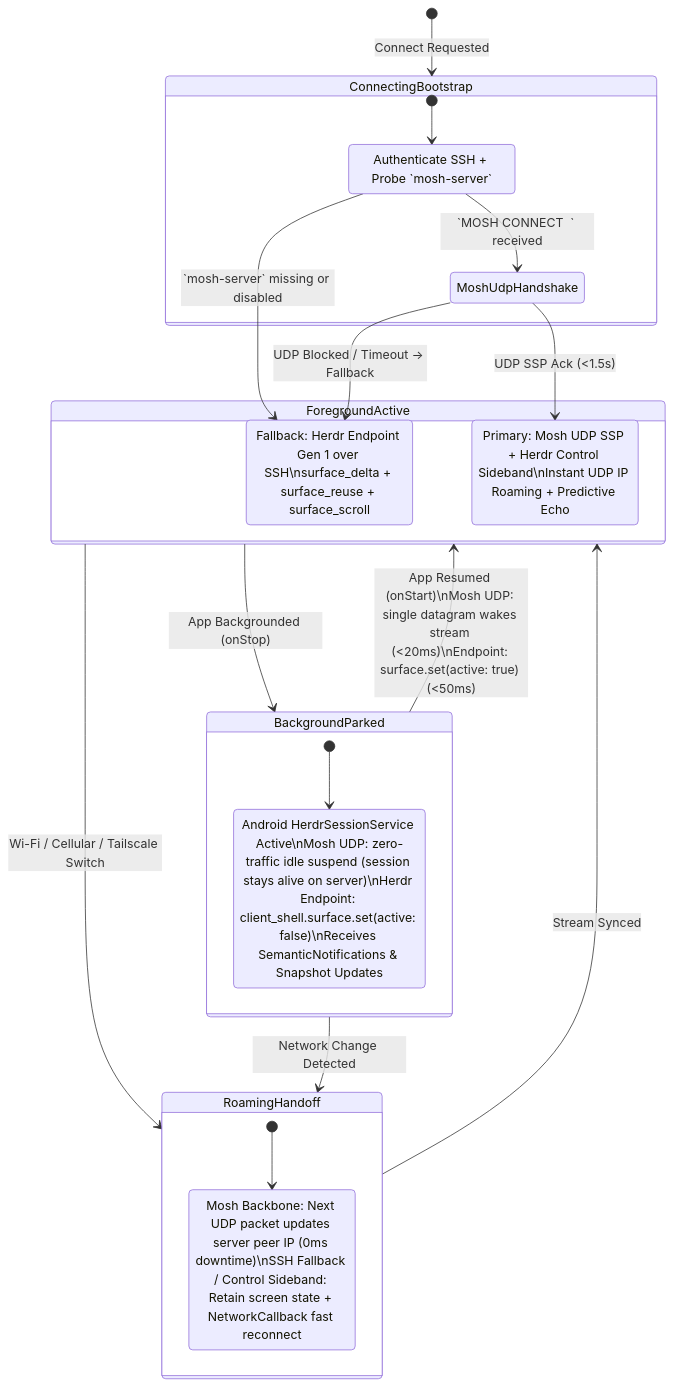
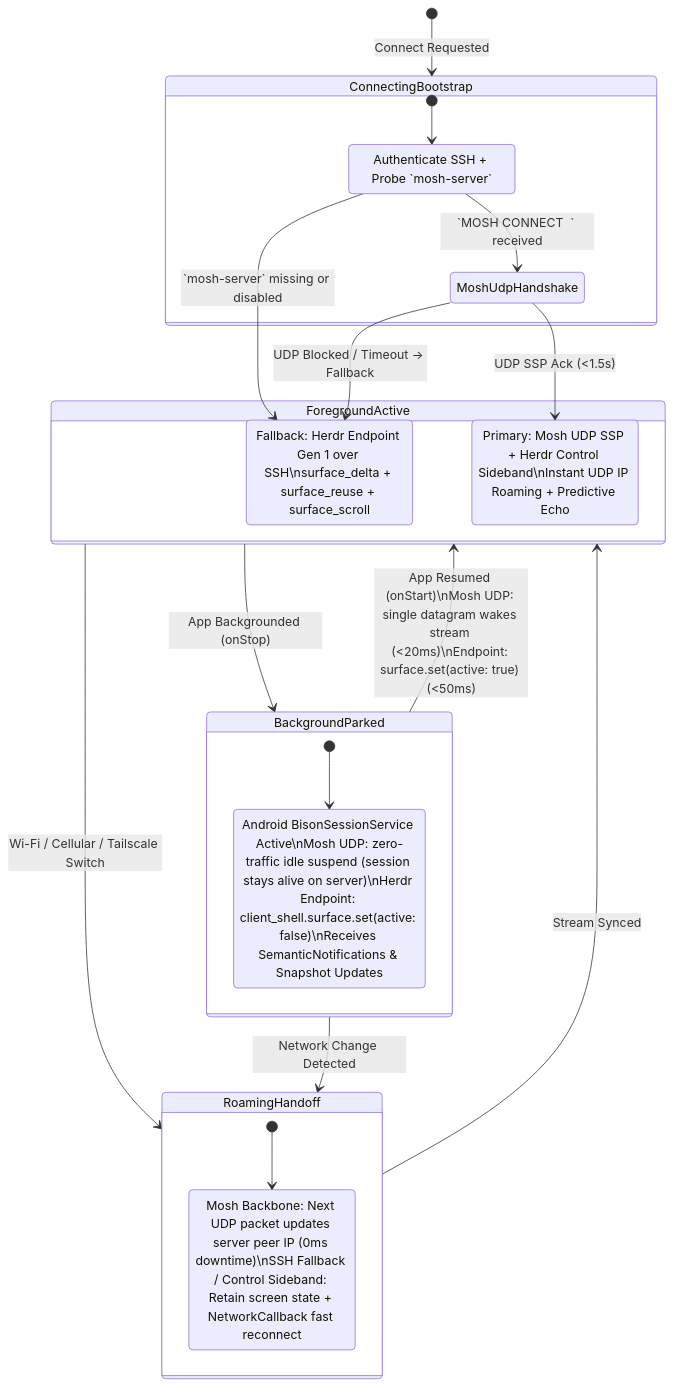
The fourth of 5 diagrams in docs/plans/01-core-app-design.md (ToxicBakery/BisonHerdr), drawn with Mermaid before and after one commit. The commit also changed other lines of this file and 2 other files, not shown here.

Commit message:
docs: finalize Bison package namespace, SSH engine, and Mosh focus sync in design plan

````diff
--- a/docs/plans/01-core-app-design.md
+++ b/docs/plans/01-core-app-design.md
@@ -496,37 +497,37 @@
 ```mermaid
 stateDiagram-v2
     [*] --> ConnectingBootstrap: Connect Requested
     
     state ConnectingBootstrap {
         [*] --> SshAuthAndProbe
         SshAuthAndProbe: Authenticate SSH + Probe `mosh-server`
         SshAuthAndProbe --> MoshUdpHandshake: `MOSH CONNECT <port> <key>` received
         SshAuthAndProbe --> SshEndpointActive: `mosh-server` missing or disabled
         MoshUdpHandshake --> MoshBackboneActive: UDP SSP Ack (<1.5s)
         MoshUdpHandshake --> SshEndpointActive: UDP Blocked / Timeout -> Fallback
     }
 
     state ForegroundActive {
         MoshBackboneActive: Primary: Mosh UDP SSP + Herdr Control Sideband\nInstant UDP IP Roaming + Predictive Echo
         SshEndpointActive: Fallback: Herdr Endpoint Gen 1 over SSH\nsurface_delta + surface_reuse + surface_scroll
     }
 
     ForegroundActive --> BackgroundParked: App Backgrounded (onStop)
     
     state BackgroundParked {
         [*] --> ControlOnlyLease
-        ControlOnlyLease: Android HerdrSessionService Active\nMosh UDP: zero-traffic idle suspend (session stays alive on server)\nHerdr Endpoint: client_shell.surface.set(active: false)\nReceives SemanticNotifications & Snapshot Updates
+        ControlOnlyLease: Android BisonSessionService Active\nMosh UDP: zero-traffic idle suspend (session stays alive on server)\nHerdr Endpoint: client_shell.surface.set(active: false)\nReceives SemanticNotifications & Snapshot Updates
     }
 
     BackgroundParked --> ForegroundActive: App Resumed (onStart)\nMosh UDP: single datagram wakes stream (<20ms)\nEndpoint: surface.set(active: true) (<50ms)
 
     ForegroundActive --> RoamingHandoff: Wi-Fi / Cellular / Tailscale Switch
     BackgroundParked --> RoamingHandoff: Network Change Detected
 
     state RoamingHandoff {
         [*] --> SeamlessResume
         SeamlessResume: Mosh Backbone: Next UDP packet updates server peer IP (0ms downtime)\nSSH Fallback / Control Sideband: Retain screen state + NetworkCallback fast reconnect
     }
 
     RoamingHandoff --> ForegroundActive: Stream Synced
 ```
````
